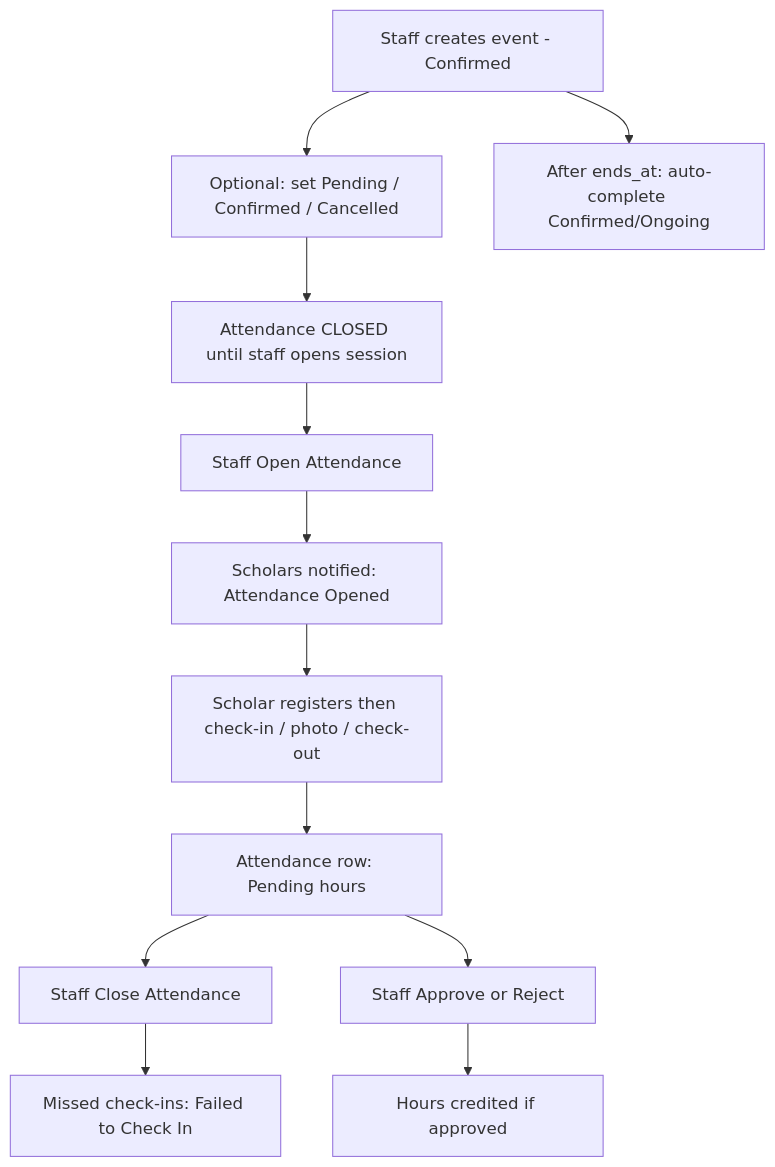
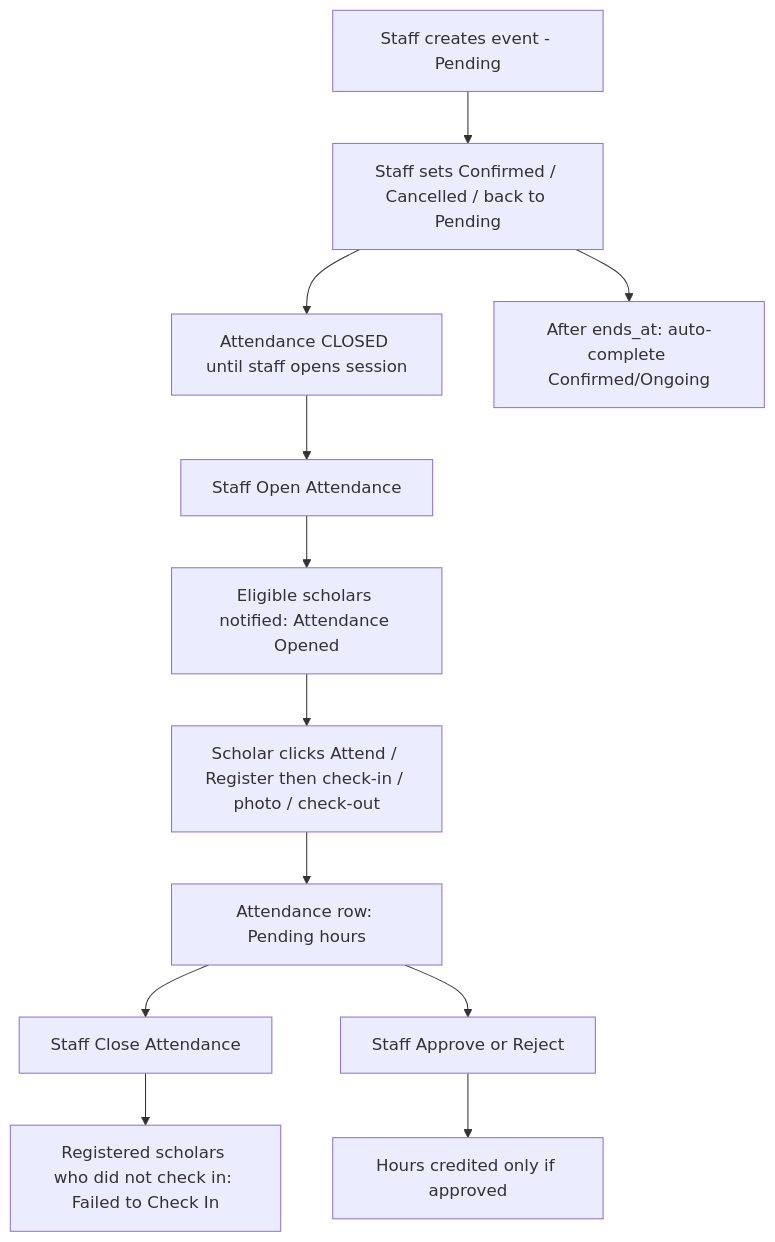
Before and after one commit to khenierosecosinero/bsscholarapp: the third of 5 diagrams in README.md, drawn with Mermaid. The commit also changed other lines of this file and 51 other files, not shown here.

````diff
--- a/README.md
+++ b/README.md
@@ -460,14 +460,14 @@
 ```mermaid
 flowchart TD
-  A[Staff creates event - Confirmed] --> B[Optional: set Pending / Confirmed / Cancelled]
+  A[Staff creates event - Pending] --> B[Staff sets Confirmed / Cancelled / back to Pending]
   B --> C[Attendance CLOSED until staff opens session]
   C --> D[Staff Open Attendance]
-  D --> E[Scholars notified: Attendance Opened]
-  E --> F[Scholar registers then check-in / photo / check-out]
+  D --> E[Eligible scholars notified: Attendance Opened]
+  E --> F[Scholar clicks Attend / Register then check-in / photo / check-out]
   F --> G[Attendance row: Pending hours]
   G --> H[Staff Close Attendance]
-  H --> I[Missed check-ins: Failed to Check In]
+  H --> I[Registered scholars who did not check in: Failed to Check In]
   G --> J[Staff Approve or Reject]
-  J --> K[Hours credited if approved]
-  A --> L[After ends_at: auto-complete Confirmed/Ongoing]
+  J --> K[Hours credited only if approved]
+  B --> L[After ends_at: auto-complete Confirmed/Ongoing]
 ```
````
